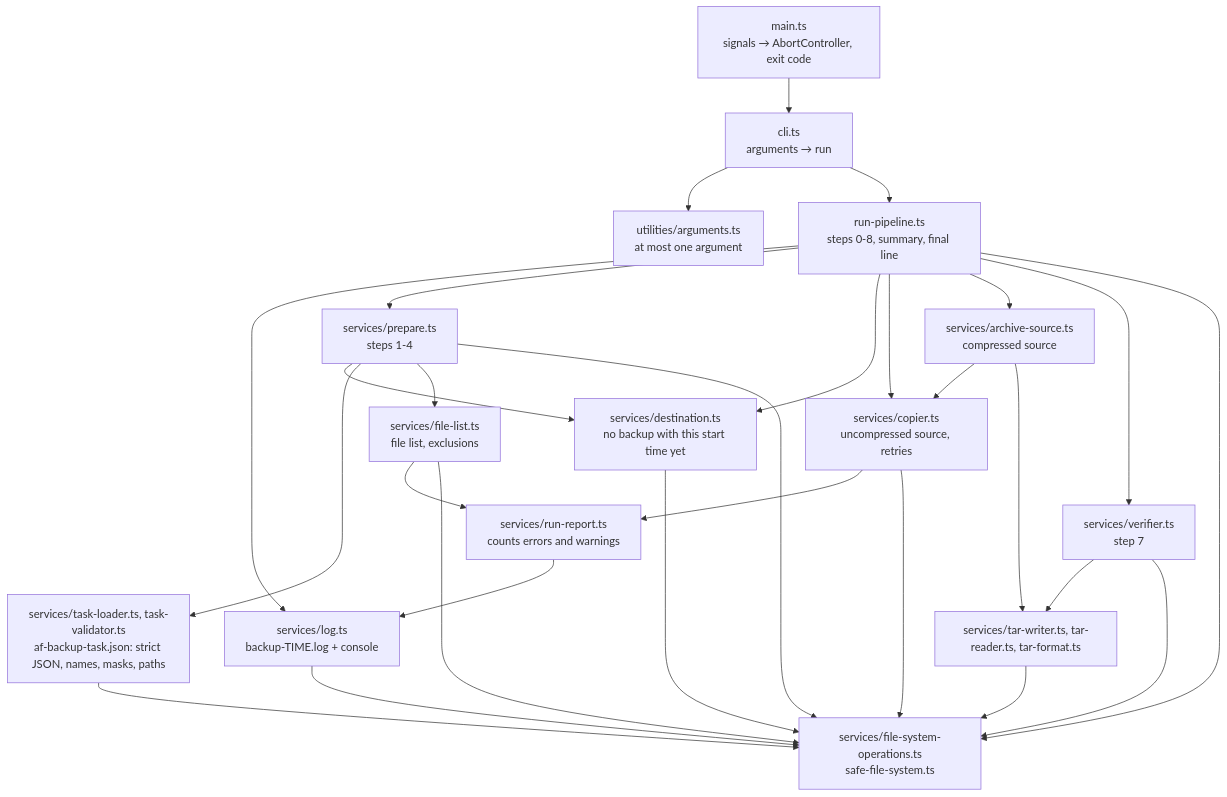
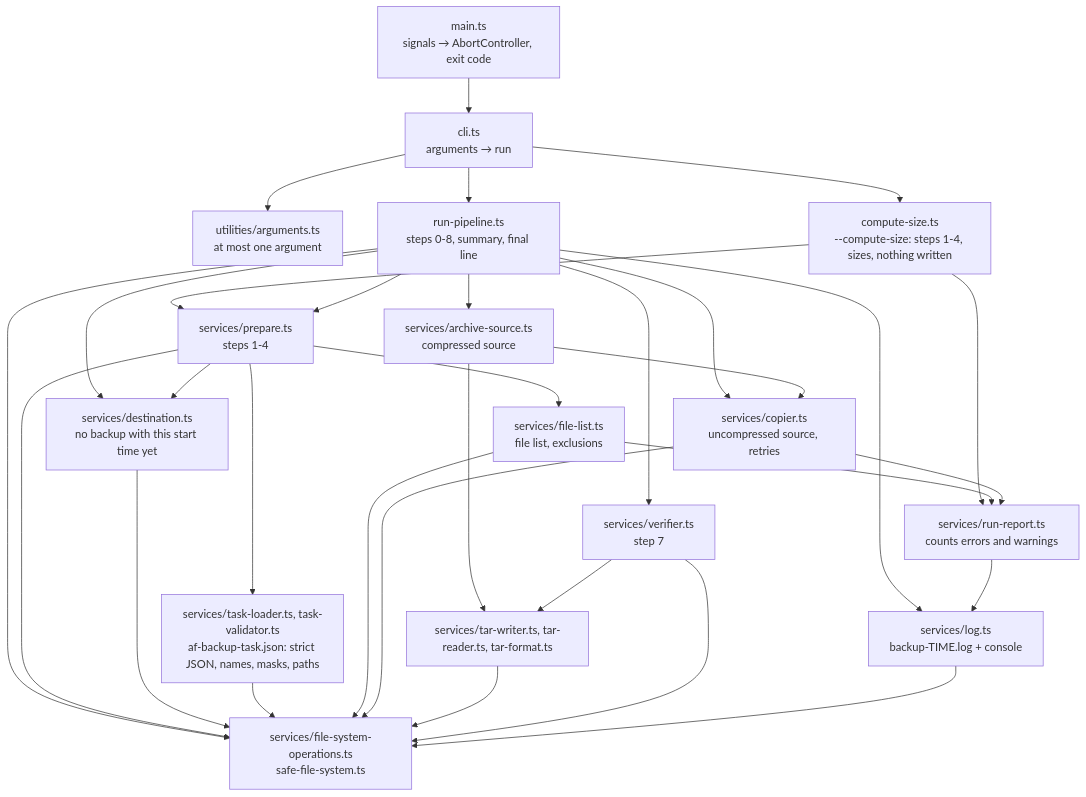
One commit to andrew2020wit/af-backup changed the first of 6 diagrams in docs/how-it-works.md. Above: the diagram before and after it, drawn with Mermaid. The commit also changed other lines of this file and 19 other files, not shown here.

First line of the commit message:
--compute-size: how much a backup would copy, without making it; version 1.2.0

````diff
--- a/docs/how-it-works.md
+++ b/docs/how-it-works.md
@@ -14,46 +14,50 @@
 ```mermaid
 flowchart TD
   main["main.ts<br/>signals → AbortController, exit code"]
   cli["cli.ts<br/>arguments → run"]
   arguments["utilities/arguments.ts<br/>at most one argument"]
   pipeline["run-pipeline.ts<br/>steps 0-8, summary, final line"]
+  computeSize["compute-size.ts<br/>--compute-size: steps 1-4, sizes, nothing written"]
   prepare["services/prepare.ts<br/>steps 1-4"]
   fileList["services/file-list.ts<br/>file list, exclusions"]
   copier["services/copier.ts<br/>uncompressed source, retries"]
   archive["services/archive-source.ts<br/>compressed source"]
   report["services/run-report.ts<br/>counts errors and warnings"]
   verifier["services/verifier.ts<br/>step 7"]
   tar["services/tar-writer.ts, tar-reader.ts, tar-format.ts"]
   task["services/task-loader.ts, task-validator.ts<br/>af-backup-task.json: strict JSON, names, masks, paths"]
   destination["services/destination.ts<br/>no backup with this start time yet"]
   log["services/log.ts<br/>backup-TIME.log + console"]
   fs["services/file-system-operations.ts<br/>safe-file-system.ts"]
 
   main --> cli
   cli --> arguments
   cli --> pipeline
+  cli --> computeSize
+  computeSize --> prepare
+  computeSize --> report
   pipeline --> log
   pipeline --> prepare
   pipeline --> destination
   prepare --> destination
   prepare --> task
   prepare --> fileList
   pipeline --> copier
   pipeline --> archive
   archive --> copier
   archive --> tar
   pipeline --> verifier
   verifier --> tar
   fileList --> report
   copier --> report
   report --> log
   pipeline --> fs
   prepare --> fs
   destination --> fs
   task --> fs
   fileList --> fs
   copier --> fs
   tar --> fs
   verifier --> fs
   log --> fs
 ```
````
